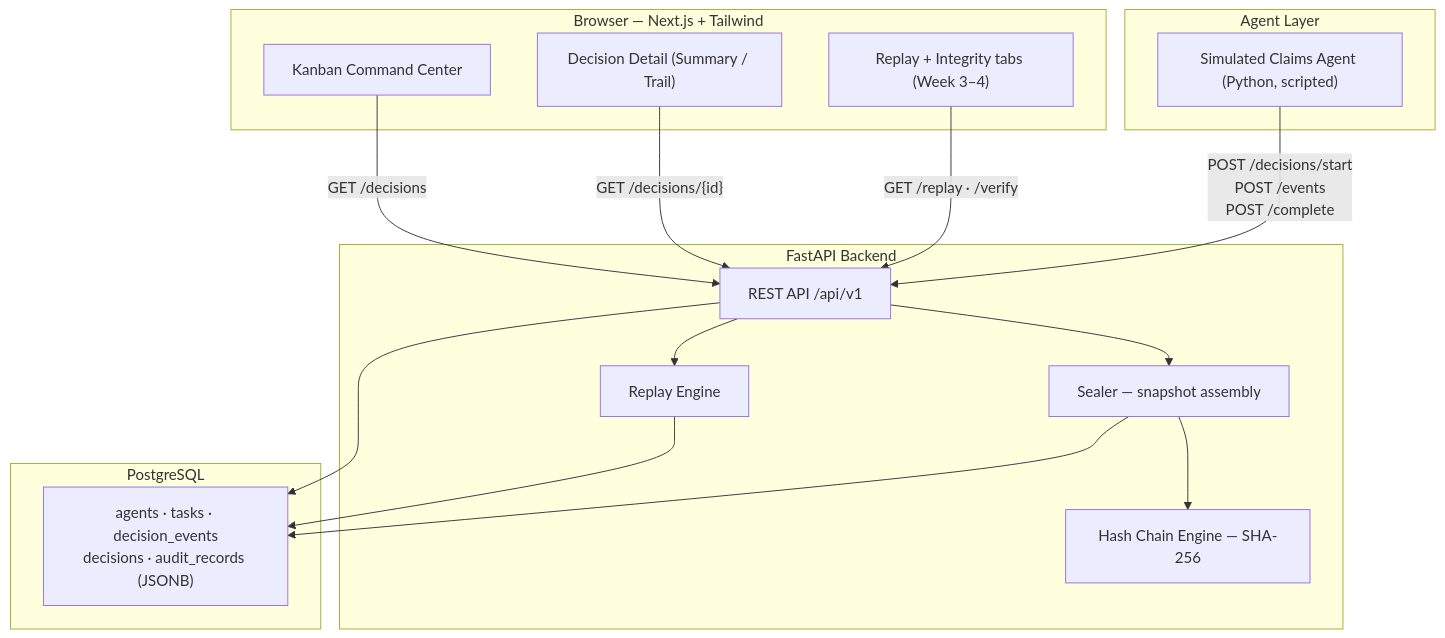
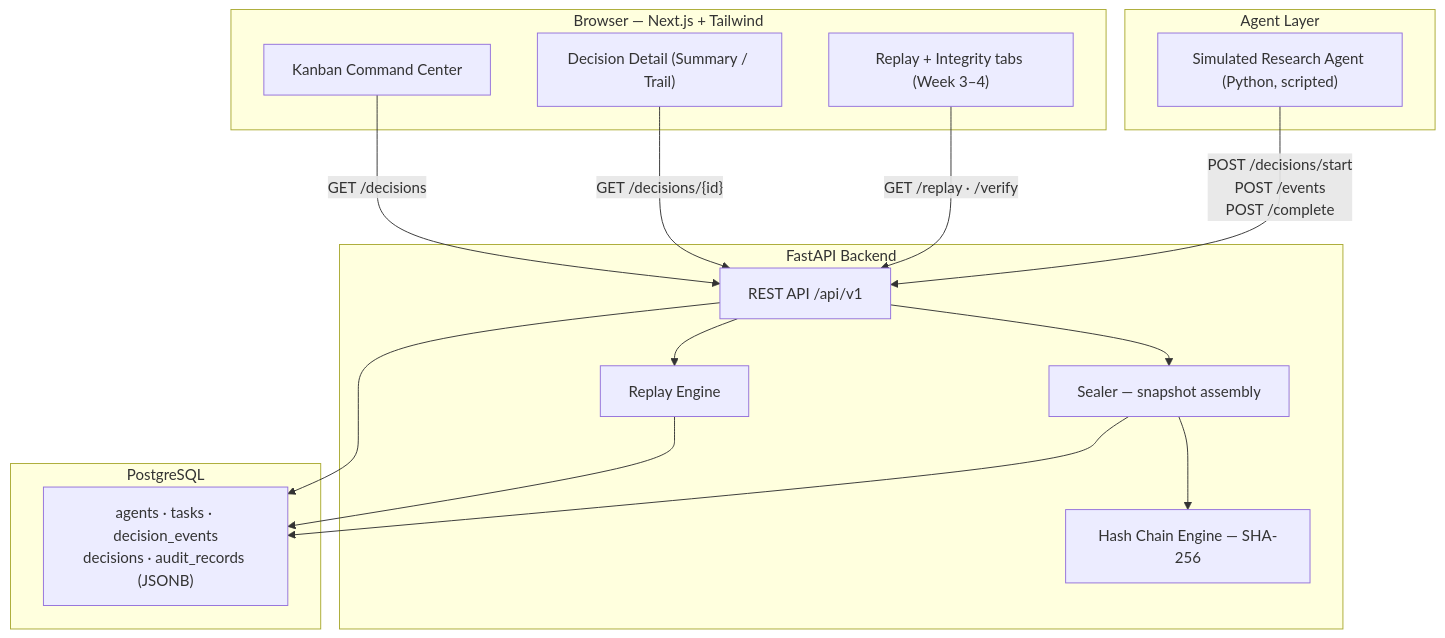
Before and after one commit to ApexYash11/TrustLedger: the diagram in docs/09_HLD.md, drawn with Mermaid. The commit also changed other lines of this file and 25 other files, not shown here.

````diff
--- a/docs/09_HLD.md
+++ b/docs/09_HLD.md
@@ -48,33 +48,33 @@
 ```mermaid
 flowchart TB
     subgraph Client["Browser — Next.js + Tailwind"]
         KANBAN["Kanban Command Center"]
         DETAIL["Decision Detail (Summary / Trail)"]
         REPLAY_TAB["Replay + Integrity tabs (Week 3–4)"]
     end
 
     subgraph Backend["FastAPI Backend"]
         API["REST API /api/v1"]
         SEALER["Sealer — snapshot assembly"]
         HASH["Hash Chain Engine — SHA-256"]
         REPLAYENG["Replay Engine"]
     end
 
     subgraph AgentLayer["Agent Layer"]
-        SIM["Simulated Claims Agent (Python, scripted)"]
+        SIM["Simulated Research Agent (Python, scripted)"]
     end
 
     subgraph Storage["PostgreSQL"]
         TABLES["agents · tasks · decision_events<br/>decisions · audit_records (JSONB)"]
     end
 
     SIM -->|"POST /decisions/start<br/>POST /events<br/>POST /complete"| API
     KANBAN -->|"GET /decisions"| API
     DETAIL -->|"GET /decisions/{id}"| API
     REPLAY_TAB -->|"GET /replay · /verify"| API
     API --> SEALER --> HASH
     API --> REPLAYENG
     API --> TABLES
     SEALER --> TABLES
     REPLAYENG --> TABLES
 ```
````
